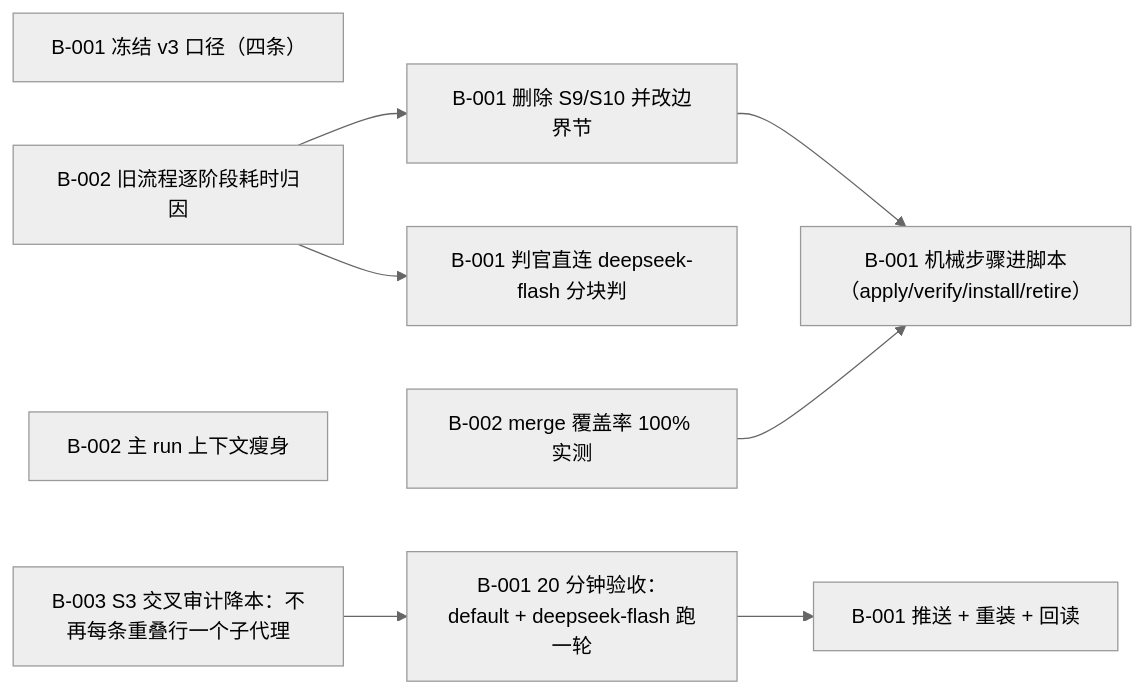
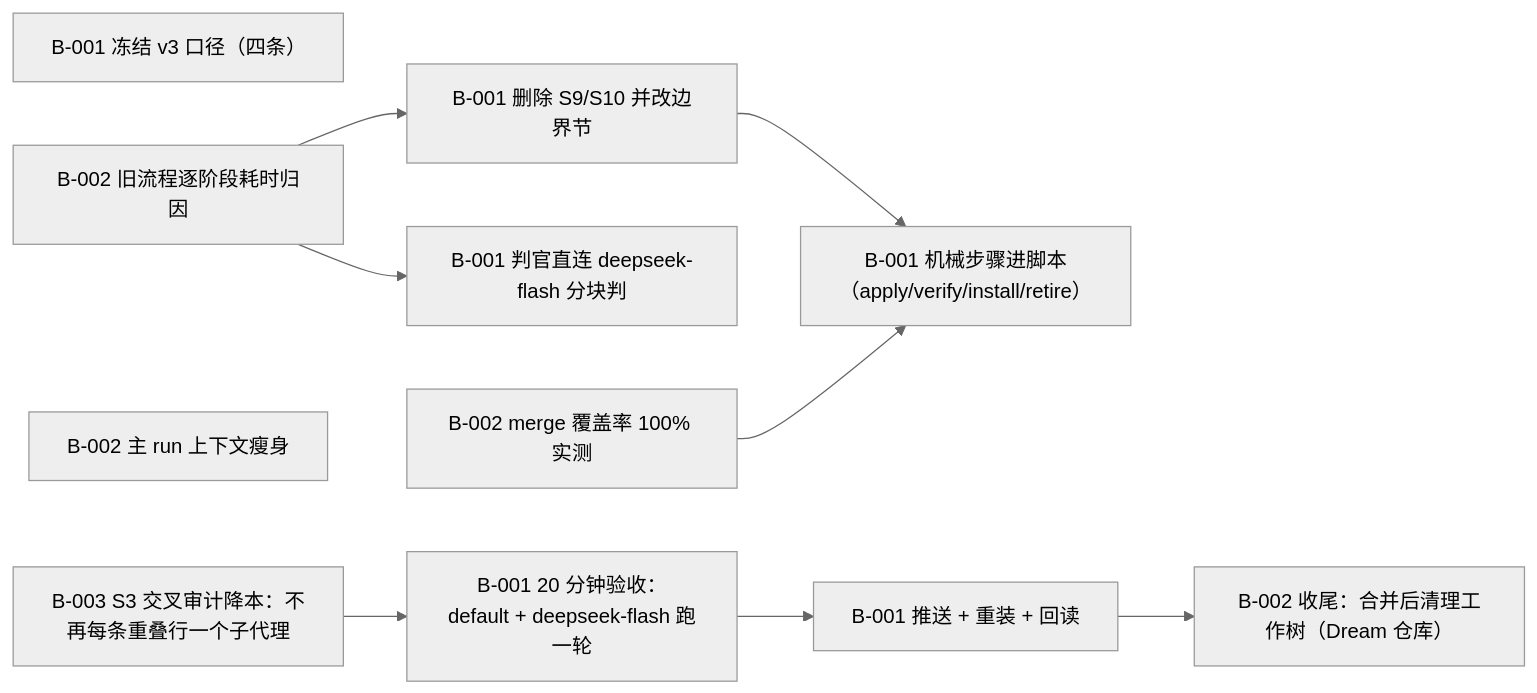
The diagram in plans/dream-v3/PLAN.md (flmaximwang/Dream), drawn with Mermaid (neutral theme) before and after one commit. The commit also changed other lines of this file and 3 other files, not shown here.

Commit message:
plan(dream-v3): 加 T-006#B-002（合并后清理工作树）

````diff
--- a/plans/dream-v3/PLAN.md
+++ b/plans/dream-v3/PLAN.md
@@ -16,25 +17,29 @@
 ```mermaid
 flowchart LR
   T-001_B-001["B-001 冻结 v3 口径（四条）"]
   T-001_B-002["B-002 旧流程逐阶段耗时归因"]
   T-002_B-001["B-001 删除 S9/S10 并改边界节"]
   T-003_B-001["B-001 判官直连 deepseek-flash 分块判"]
   T-003_B-002["B-002 merge 覆盖率 100% 实测"]
   T-004_B-001["B-001 机械步骤进脚本（apply/verify/install/retire）"]
   T-004_B-002["B-002 主 run 上下文瘦身"]
   T-004_B-003["B-003 S3 交叉审计降本：不再每条重叠行一个子代理"]
   T-005_B-001["B-001 20 分钟验收：default + deepseek-flash 跑一轮"]
   T-006_B-001["B-001 推送 + 重装 + 回读"]
+  T-006_B-002["B-002 收尾：合并后清理工作树（Dream 仓库）"]
   T-001_B-002 --> T-002_B-001
   T-001_B-002 --> T-003_B-001
   T-002_B-001 --> T-004_B-001
   T-003_B-002 --> T-004_B-001
   T-004_B-003 --> T-005_B-001
   T-005_B-001 --> T-006_B-001
+  T-006_B-001 --> T-006_B-002
   classDef done stroke-width:1px;
   class T-001_B-001,T-001_B-002,T-002_B-001,T-003_B-001,T-003_B-002,T-004_B-003 done;
   classDef running stroke-width:1px;
   class T-004_B-001,T-004_B-002 running;
   classDef waiting stroke-width:1px;
   class T-005_B-001,T-006_B-001 waiting;
+  classDef blocked stroke-width:1px;
+  class T-006_B-002 blocked;
 ```
````
